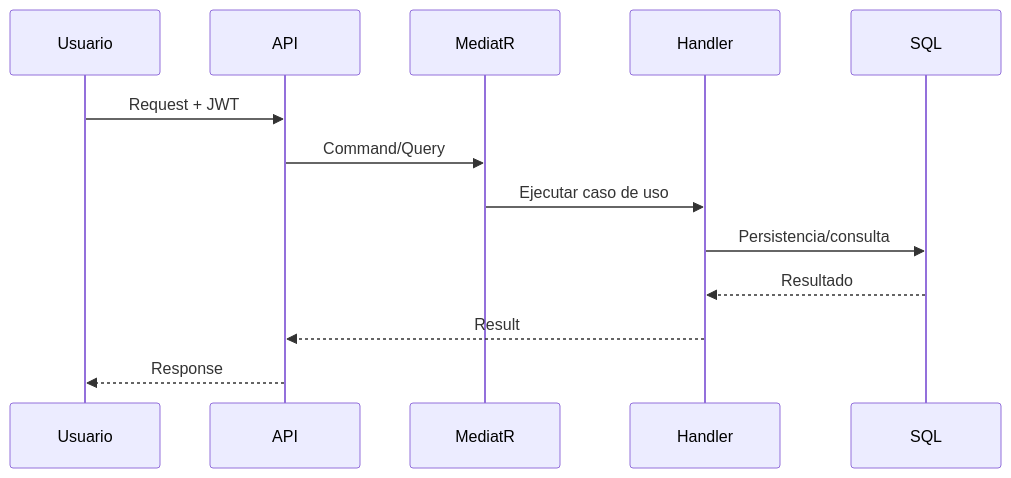
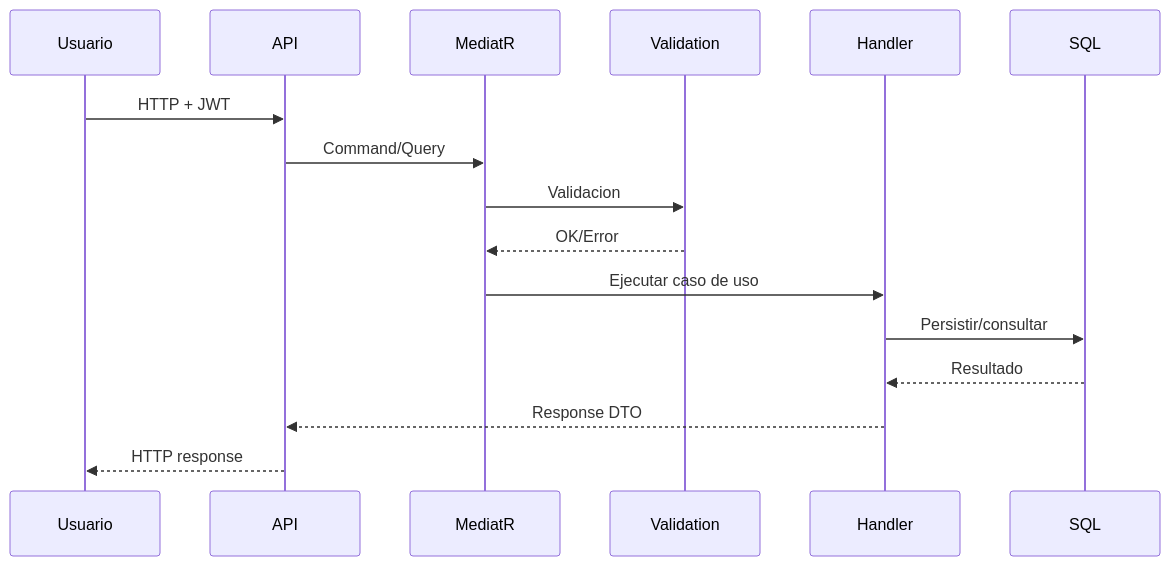
The second of 2 diagrams in DECK_PRESENTACION.md (devakle/Ficticia), drawn with Mermaid before and after one commit. The commit also changed other lines of this file and 9 other files, not shown here.

````diff
--- a/DECK_PRESENTACION.md
+++ b/DECK_PRESENTACION.md
@@ -41,15 +41,19 @@
 ```mermaid
 sequenceDiagram
   participant U as Usuario
   participant API as API
   participant M as MediatR
+  participant V as Validation
   participant H as Handler
   participant DB as SQL
-  U->>API: Request + JWT
+
+  U->>API: HTTP + JWT
   API->>M: Command/Query
+  M->>V: Validacion
+  V-->>M: OK/Error
   M->>H: Ejecutar caso de uso
-  H->>DB: Persistencia/consulta
+  H->>DB: Persistir/consultar
   DB-->>H: Resultado
-  H-->>API: Result
-  API-->>U: Response
+  H-->>API: Response DTO
+  API-->>U: HTTP response
 ```
````
